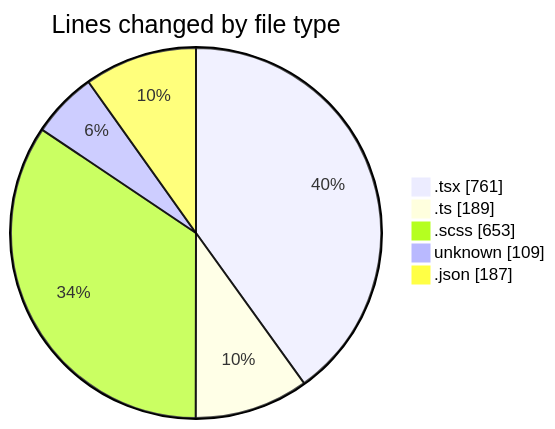
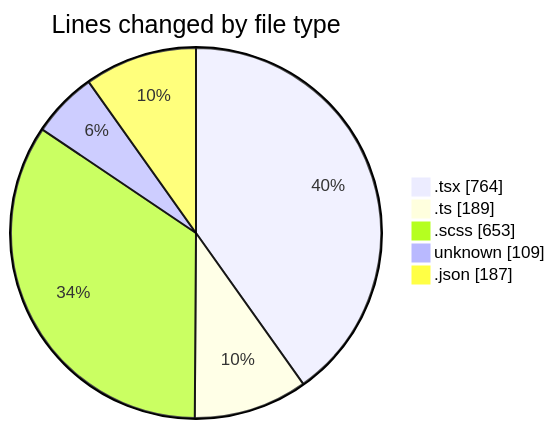
Before and after one commit to momahboobian/code-tracking: the first of 2 diagrams in 2026-04-15/cda/README.md, drawn with Mermaid. The commit also changed other lines of this file and 1 other file, not shown here.

````diff
--- a/2026-04-15/cda/README.md
+++ b/2026-04-15/cda/README.md
@@ -34,9 +34,9 @@
 ```mermaid
 pie showData
 title Lines changed by file type
-".tsx" : 761
+".tsx" : 764
 ".ts" : 189
 ".scss" : 653
 "unknown" : 109
 ".json" : 187
 ```
````
